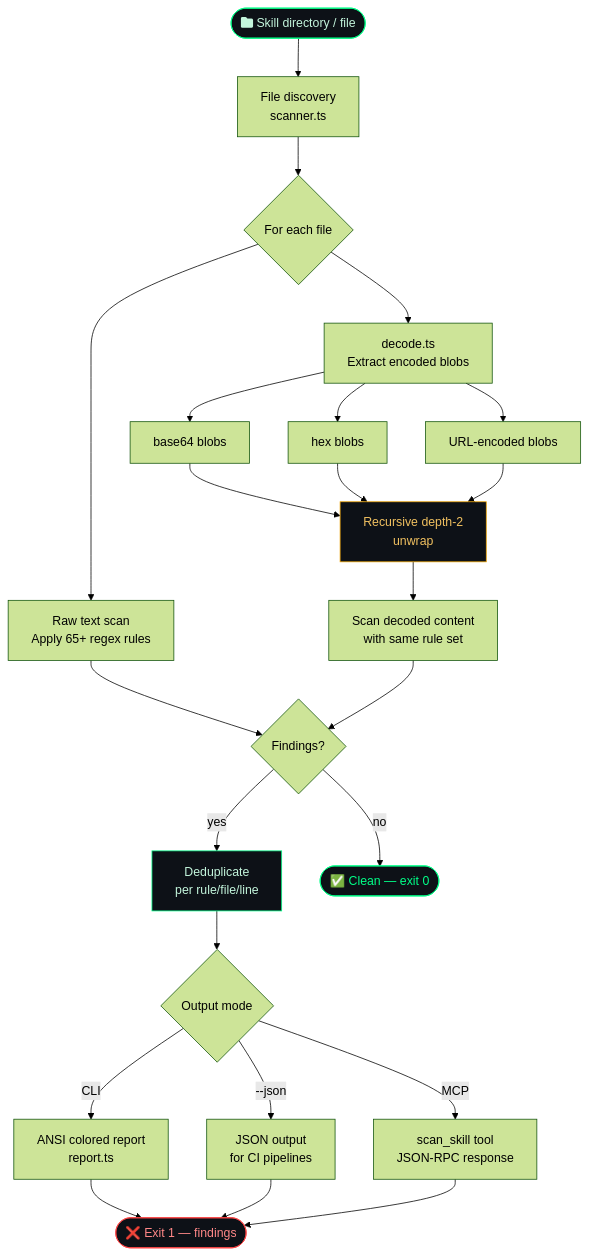
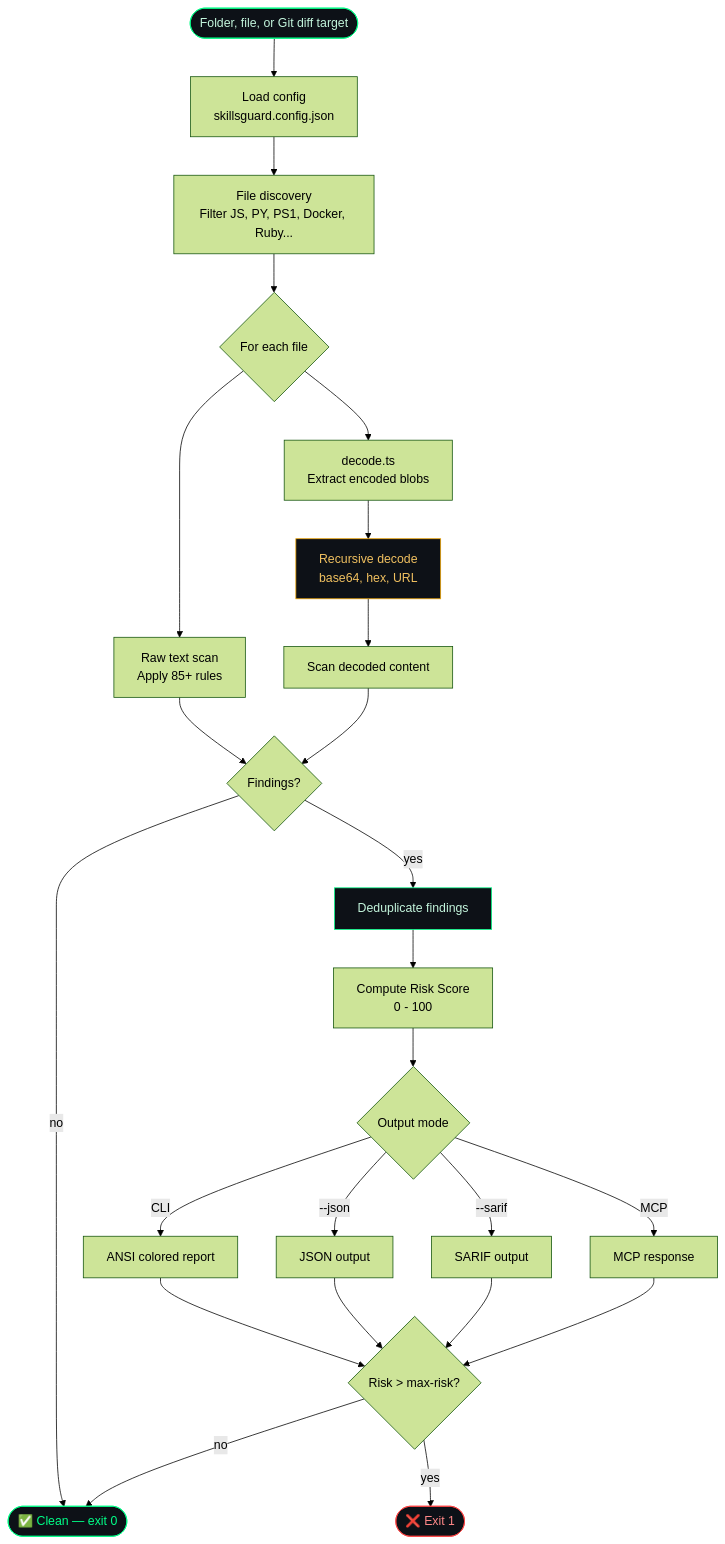
One commit to Teycir/SkillsGuard changed the diagram in README.md. Above: the diagram before and after it, drawn with Mermaid (forest theme). The commit also changed other lines of this file and 2 other files, not shown here.

Commit message:
docs: update README with new configuration options, risk scoring, and output formats

````diff
--- a/README.md
+++ b/README.md
@@ -65,35 +65,28 @@
 ```mermaid
 flowchart TD
-    A([fa:fa-folder Skill directory / file]) --> B[File discovery\nscanner.ts]
-
-    B --> C{For each file}
-
-    C --> D[Raw text scan\nApply 65+ regex rules]
-    C --> E[decode.ts\nExtract encoded blobs]
-
-    E --> E1[base64 blobs]
-    E --> E2[hex blobs]
-    E --> E3[URL-encoded blobs]
-    E1 & E2 & E3 --> E4[Recursive depth-2\nunwrap]
-    E4 --> F[Scan decoded content\nwith same rule set]
-
-    D --> G{Findings?}
-    F --> G
-
-    G -->|yes| H[Deduplicate\nper rule/file/line]
-    G -->|no| I([✅ Clean — exit 0])
-
-    H --> J{Output mode}
-
-    J -->|CLI| K[ANSI colored report\nreport.ts]
-    J -->|--json| L[JSON output\nfor CI pipelines]
-    J -->|MCP| M[scan_skill tool\nJSON-RPC response]
-
-    K & L & M --> N([❌ Exit 1 — findings])
+    A([Folder, file, or Git diff target]) --> B[Load config\nskillsguard.config.json]
+    B --> C[File discovery\nFilter JS, PY, PS1, Docker, Ruby...]
+    C --> D{For each file}
+    D --> E[Raw text scan\nApply 85+ rules]
+    D --> F[decode.ts\nExtract encoded blobs]
+    F --> G[Recursive decode\nbase64, hex, URL]
+    G --> H[Scan decoded content]
+    E & H --> I{Findings?}
+    I -->|no| J([✅ Clean — exit 0])
+    I -->|yes| K[Deduplicate findings]
+    K --> L[Compute Risk Score\n0 - 100]
+    L --> M{Output mode}
+    M -->|CLI| N[ANSI colored report]
+    M -->|--json| O[JSON output]
+    M -->|--sarif| P[SARIF output]
+    M -->|MCP| Q[MCP response]
+    N & O & P & Q --> R{Risk > max-risk?}
+    R -->|yes| S([❌ Exit 1])
+    R -->|no| J
 
     style A fill:#0d1117,stroke:#00ff88,color:#c3f5dc
-    style I fill:#0d1117,stroke:#00ff88,color:#00ff88
-    style N fill:#0d1117,stroke:#ff4444,color:#ff8888
-    style E4 fill:#0d1117,stroke:#f0a500,color:#f0c060
-    style H fill:#0d1117,stroke:#00ff88,color:#c3f5dc
+    style J fill:#0d1117,stroke:#00ff88,color:#00ff88
+    style S fill:#0d1117,stroke:#ff4444,color:#ff8888
+    style G fill:#0d1117,stroke:#f0a500,color:#f0c060
+    style K fill:#0d1117,stroke:#00ff88,color:#c3f5dc
 ```
````
